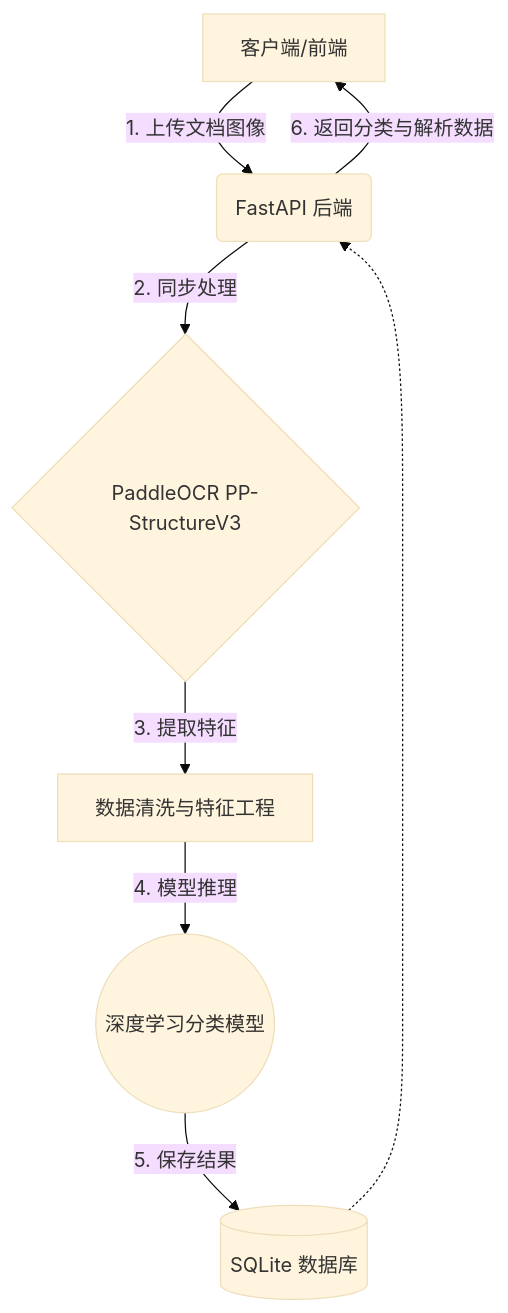
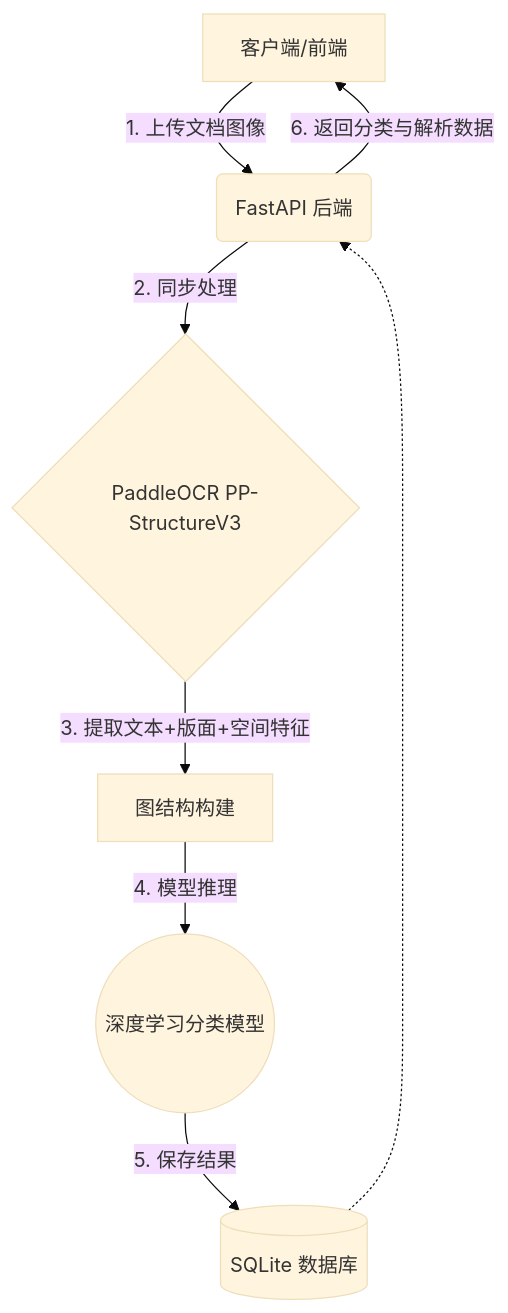
One commit to su322/DocClassify-OCR-DL changed the diagram in design.md. Above: the diagram before and after it, drawn with Mermaid (base theme). The commit also changed other lines of this file and 24 other files, not shown here.

````diff
--- a/design.md
+++ b/design.md
@@ -6,10 +6,10 @@
 ```mermaid
 graph TD
     A[客户端/前端] -->|1. 上传文档图像| B(FastAPI 后端)
     B -->|2. 同步处理| C{PaddleOCR PP-StructureV3}
-    C -->|3. 提取特征| D[数据清洗与特征工程]
+    C -->|3. 提取文本+版面+空间特征| D[图结构构建]
     D -->|4. 模型推理| E((深度学习分类模型))
     E -->|5. 保存结果| G[(SQLite 数据库)]
     G -.-> B
     B -->|6. 返回分类与解析数据| A
 ```
````
